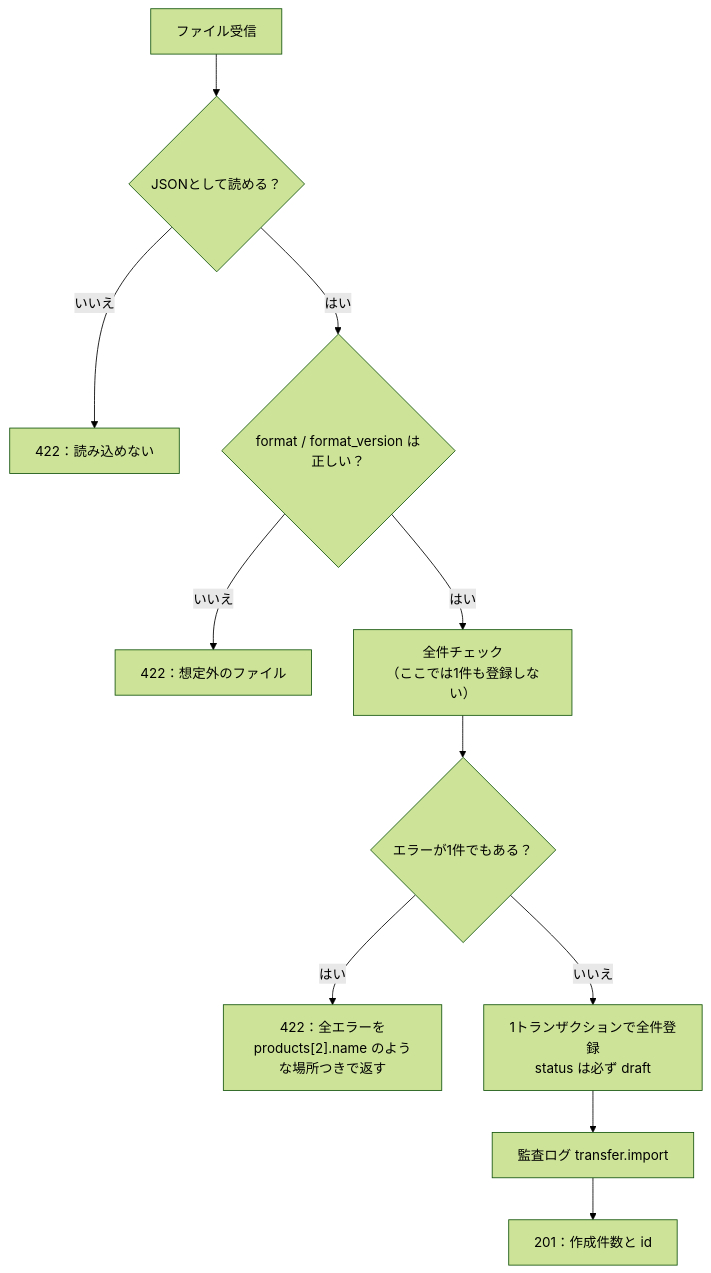
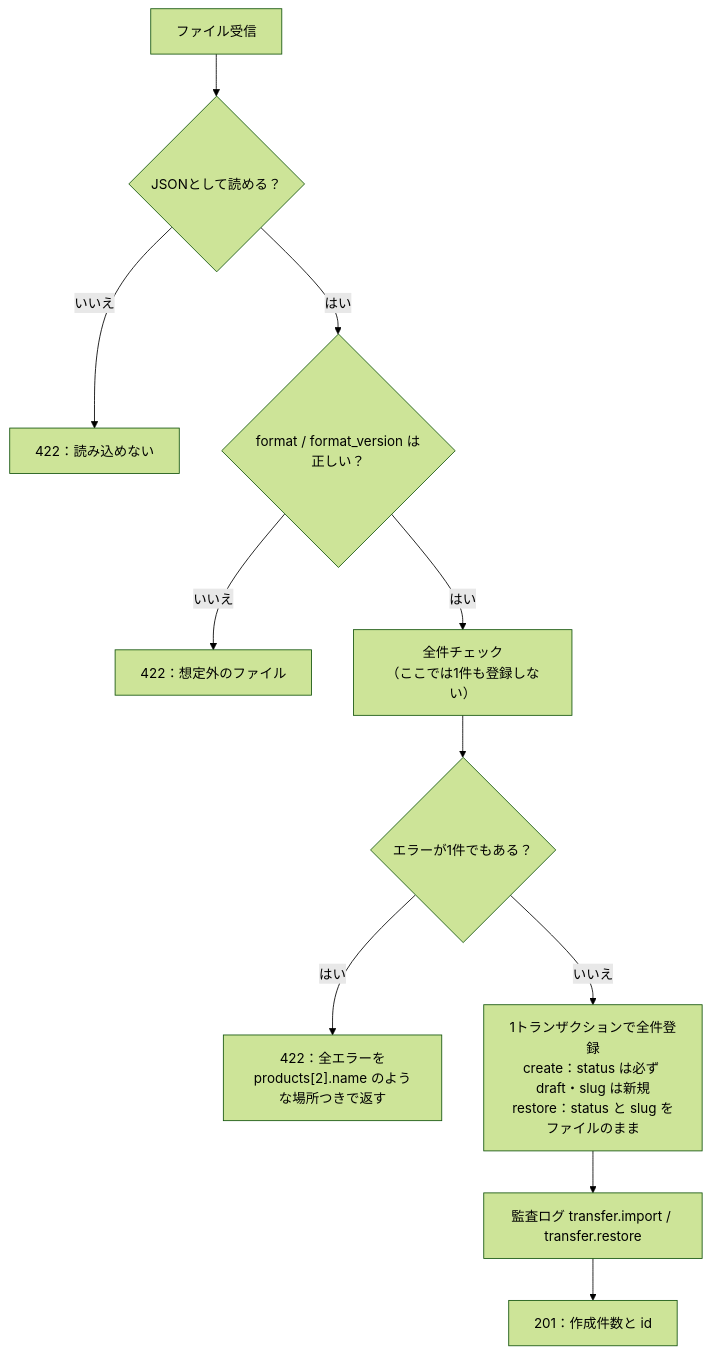
Before and after one commit to ku-ri-miwa-30/qr_story_mvp: the sixth of 7 diagrams in docs/design.md, drawn with Mermaid (forest theme). The commit also changed other lines of this file and 14 other files, not shown here.

````diff
--- a/docs/design.md
+++ b/docs/design.md
@@ -423,13 +452,13 @@
 ```mermaid
 flowchart TD
     A["ファイル受信"] --> B{"JSONとして読める？"}
     B -- いいえ --> X["422：読み込めない"]
     B -- はい --> C{"format / format_version は正しい？"}
     C -- いいえ --> Y["422：想定外のファイル"]
     C -- はい --> D["全件チェック<br/>（ここでは1件も登録しない）"]
     D --> E{"エラーが1件でもある？"}
     E -- はい --> Z["422：全エラーを<br/>products[2].name のような場所つきで返す"]
-    E -- いいえ --> F["1トランザクションで全件登録<br/>status は必ず draft"]
-    F --> G["監査ログ transfer.import"]
+    E -- いいえ --> F["1トランザクションで全件登録<br/>create：status は必ず draft・slug は新規<br/>restore：status と slug をファイルのまま"]
+    F --> G["監査ログ transfer.import / transfer.restore"]
     G --> H["201：作成件数と id"]
 ```
````
